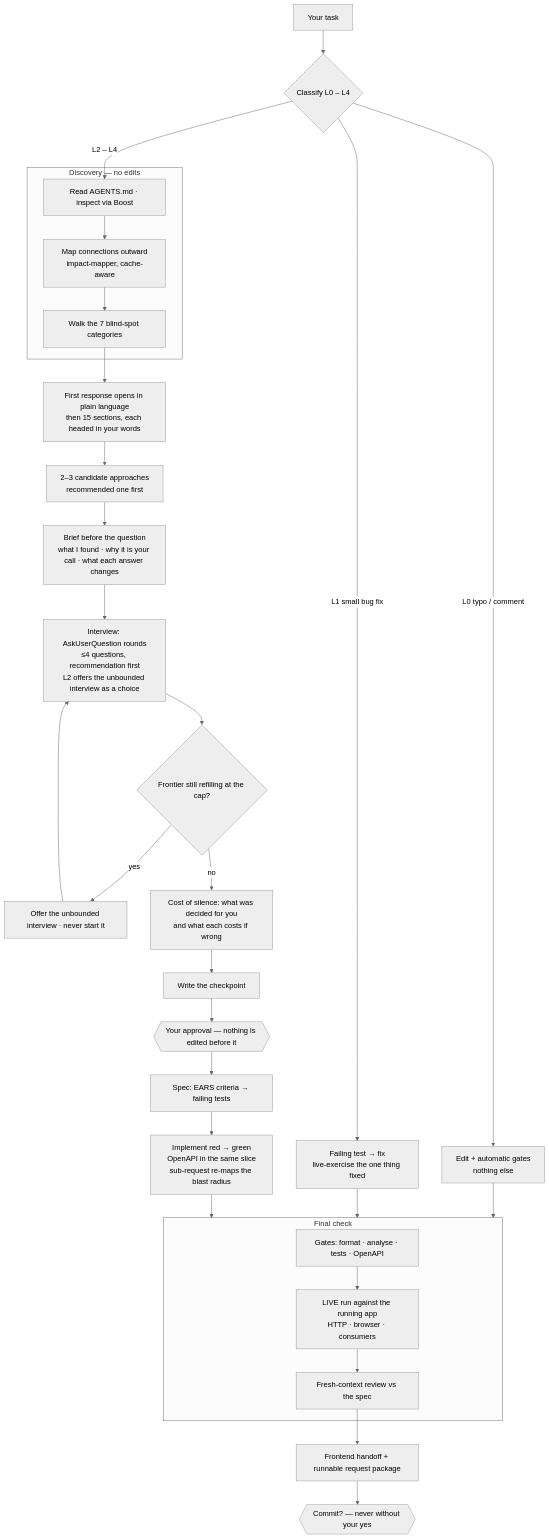
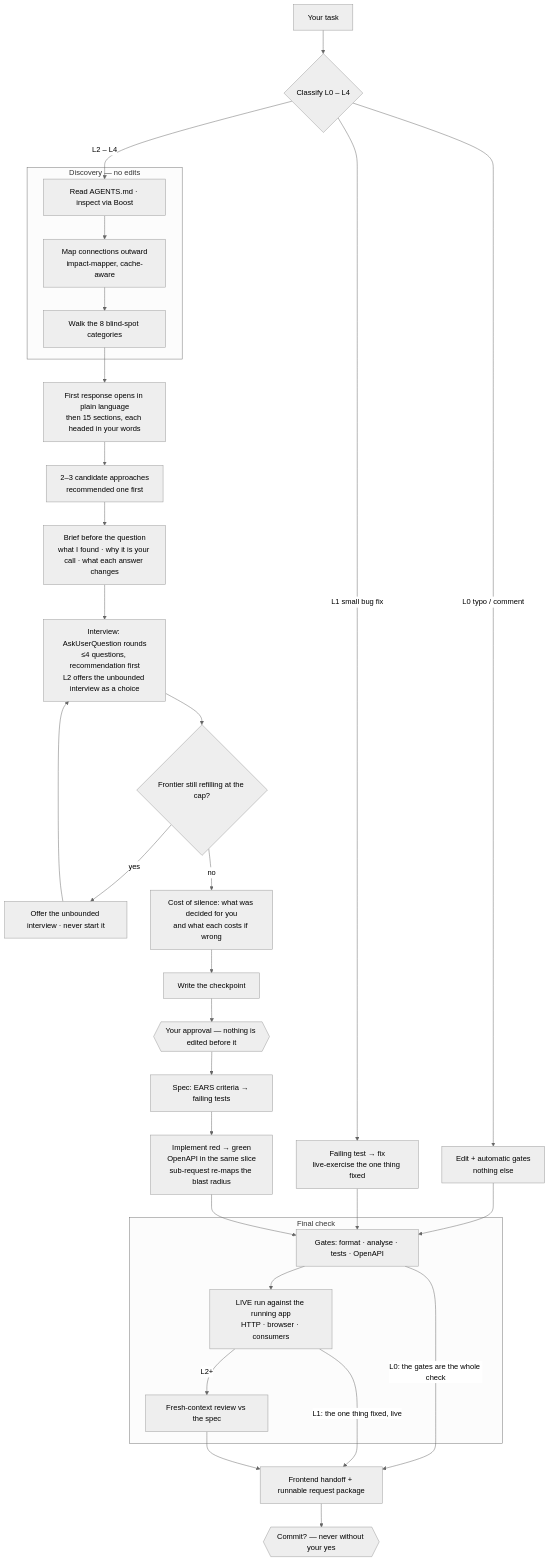
One commit to YasMax91/groundwork changed the diagram in README.md. Above: the diagram before and after it, drawn with Mermaid (neutral theme). The commit also changed other lines of this file and 6 other files, not shown here.

````diff
--- a/README.md
+++ b/README.md
@@ -250,38 +258,41 @@
 ```mermaid
 flowchart TD
     A[Your task] --> B{Classify L0 – L4}
 
     B -->|L0 typo / comment| L0[Edit + automatic gates<br/>nothing else]
     B -->|L1 small bug fix| L1[Failing test → fix<br/>live-exercise the one thing fixed]
     B -->|L2 – L4| D1
 
     subgraph DISC [Discovery — no edits]
         D1[Read AGENTS.md · inspect via Boost] --> D2[Map connections outward<br/>impact-mapper, cache-aware]
-        D2 --> D3[Walk the 7 blind-spot categories]
+        D2 --> D3[Walk the 8 blind-spot categories]
     end
 
     D3 --> R1[First response opens in plain language<br/>then 15 sections, each headed in your words]
     R1 --> R2[2–3 candidate approaches<br/>recommended one first]
     R2 --> R3[Brief before the question<br/>what I found · why it is your call · what each answer changes]
     R3 --> R4[Interview: AskUserQuestion rounds<br/>≤4 questions, recommendation first<br/>L2 offers the unbounded interview as a choice]
     R4 --> R5{Frontier still refilling at the cap?}
     R5 -->|yes| G[Offer the unbounded interview · never start it]
     G --> R4
     R5 -->|no| CS[Cost of silence: what was decided for you<br/>and what each costs if wrong]
     CS --> CP[Write the checkpoint]
     CP --> APV{{Your approval — nothing is edited before it}}
     APV --> SP[Spec: EARS criteria → failing tests]
     SP --> IM[Implement red → green<br/>OpenAPI in the same slice<br/>sub-request re-maps the blast radius]
 
-    L0 --> FC
-    L1 --> FC
-    IM --> FC
+    L0 --> F1
+    L1 --> F1
+    IM --> F1
 
     subgraph FC [Final check]
         F1[Gates: format · analyse · tests · OpenAPI] --> F2[LIVE run against the running app<br/>HTTP · browser · consumers]
-        F2 --> F3[Fresh-context review vs the spec]
+        F2 -->|L2+| F3[Fresh-context review vs the spec]
     end
+
+    F1 -->|L0: the gates are the whole check| H
+    F2 -->|L1: the one thing fixed, live| H
 
     F3 --> H[Frontend handoff + runnable request package]
     H --> C{{Commit? — never without your yes}}
 ```
````
